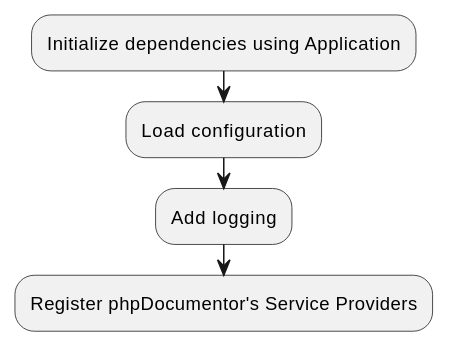
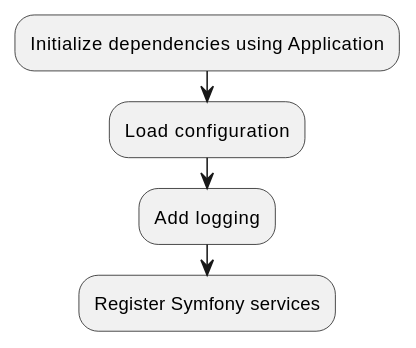
The first of 4 diagrams in docs/internals/flow.rst (phpDocumentor/phpDocumentor), drawn with PlantUML before and after one commit. The commit also changed other lines of this file and 8 other files, not shown here.

Commit message:
Improve internal architecture docs.

```diff
--- a/docs/internals/flow.rst
+++ b/docs/internals/flow.rst
@@ -49,6 +44,6 @@
 .. uml::
 
    :Initialize dependencies using Application;
    :Load configuration;
    :Add logging;
-   :Register phpDocumentor's Service Providers;
+   :Register Symfony services;
```
